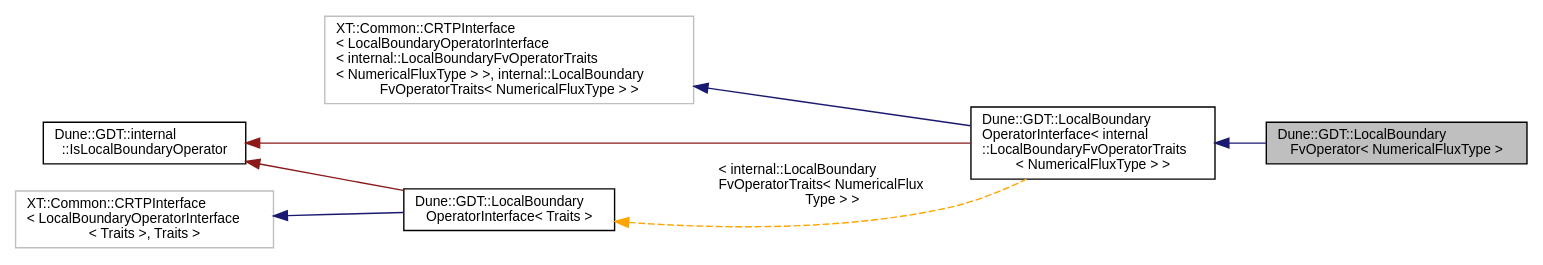
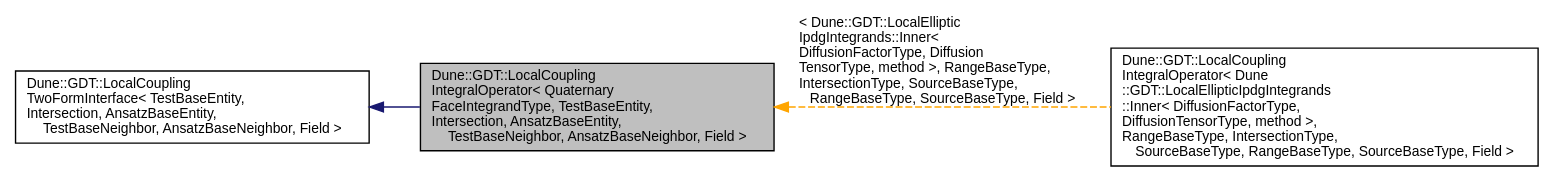
Before and after one commit to dune-community/dune-community.github.io: the diagram in docs/dune-gdt/''/a01650.dot, drawn with Graphviz. The commit also changed 2733 other files, not shown here.

Commit message:
Updated documentation for dune-gdt ''

```diff
--- a/docs/dune-gdt/''/a01650.dot
+++ b/docs/dune-gdt/''/a01650.dot
@@ -1,18 +1,11 @@
-digraph "Dune::GDT::LocalBoundaryFvOperator&lt; NumericalFluxType &gt;"
+digraph "Dune::GDT::LocalCouplingIntegralOperator&lt; QuaternaryFaceIntegrandType, TestBaseEntity, Intersection, AnsatzBaseEntity, TestBaseNeighbor, AnsatzBaseNeighbor, Field &gt;"
 {
   edge [fontname="Helvetica",fontsize="10",labelfontname="Helvetica",labelfontsize="10"];
   node [fontname="Helvetica",fontsize="10",shape=record];
   rankdir="LR";
-  Node0 [label="Dune::GDT::LocalBoundary\lFvOperator\< NumericalFluxType \>",height=0.2,width=0.4,color="black", fillcolor="grey75", style="filled", fontcolor="black"];
+  Node0 [label="Dune::GDT::LocalCoupling\lIntegralOperator\< Quaternary\lFaceIntegrandType, TestBaseEntity,\l Intersection, AnsatzBaseEntity,\l TestBaseNeighbor, AnsatzBaseNeighbor, Field \>",height=0.2,width=0.4,color="black", fillcolor="grey75", style="filled", fontcolor="black"];
   Node1 -> Node0 [dir="back",color="midnightblue",fontsize="10",style="solid",fontname="Helvetica"];
-  Node1 [label="Dune::GDT::LocalBoundary\lOperatorInterface\< internal\l::LocalBoundaryFvOperatorTraits\l\< NumericalFluxType \> \>",height=0.2,width=0.4,color="black", fillcolor="white", style="filled",URL="$a01695.html"];
-  Node2 -> Node1 [dir="back",color="midnightblue",fontsize="10",style="solid",fontname="Helvetica"];
-  Node2 [label="XT::Common::CRTPInterface\l\< LocalBoundaryOperatorInterface\l\< internal::LocalBoundaryFvOperatorTraits\l\< NumericalFluxType \> \>, internal::LocalBoundary\lFvOperatorTraits\< NumericalFluxType \> \>",height=0.2,width=0.4,color="grey75", fillcolor="white", style="filled"];
-  Node3 -> Node1 [dir="back",color="firebrick4",fontsize="10",style="solid",fontname="Helvetica"];
-  Node3 [label="Dune::GDT::internal\l::IsLocalBoundaryOperator",height=0.2,width=0.4,color="black", fillcolor="white", style="filled",URL="$a01683.html"];
-  Node4 -> Node1 [dir="back",color="orange",fontsize="10",style="dashed",label=" \< internal::LocalBoundary\lFvOperatorTraits\< NumericalFlux\lType \> \>" ,fontname="Helvetica"];
-  Node4 [label="Dune::GDT::LocalBoundary\lOperatorInterface\< Traits \>",height=0.2,width=0.4,color="black", fillcolor="white", style="filled",URL="$a01695.html"];
-  Node5 -> Node4 [dir="back",color="midnightblue",fontsize="10",style="solid",fontname="Helvetica"];
-  Node5 [label="XT::Common::CRTPInterface\l\< LocalBoundaryOperatorInterface\l\< Traits \>, Traits \>",height=0.2,width=0.4,color="grey75", fillcolor="white", style="filled"];
-  Node3 -> Node4 [dir="back",color="firebrick4",fontsize="10",style="solid",fontname="Helvetica"];
+  Node1 [label="Dune::GDT::LocalCoupling\lTwoFormInterface\< TestBaseEntity,\l Intersection, AnsatzBaseEntity,\l TestBaseNeighbor, AnsatzBaseNeighbor, Field \>",height=0.2,width=0.4,color="black", fillcolor="white", style="filled",URL="$a01687.html"];
+  Node0 -> Node2 [dir="back",color="orange",fontsize="10",style="dashed",label=" \< Dune::GDT::LocalElliptic\lIpdgIntegrands::Inner\<\l DiffusionFactorType, Diffusion\lTensorType, method \>, RangeBaseType,\l IntersectionType, SourceBaseType,\l RangeBaseType, SourceBaseType, Field \>" ,fontname="Helvetica"];
+  Node2 [label="Dune::GDT::LocalCoupling\lIntegralOperator\< Dune\l::GDT::LocalEllipticIpdgIntegrands\l::Inner\< DiffusionFactorType,\l DiffusionTensorType, method \>,\l RangeBaseType, IntersectionType,\l SourceBaseType, RangeBaseType, SourceBaseType, Field \>",height=0.2,width=0.4,color="black", fillcolor="white", style="filled",URL="$a01651.html"];
 }
```
